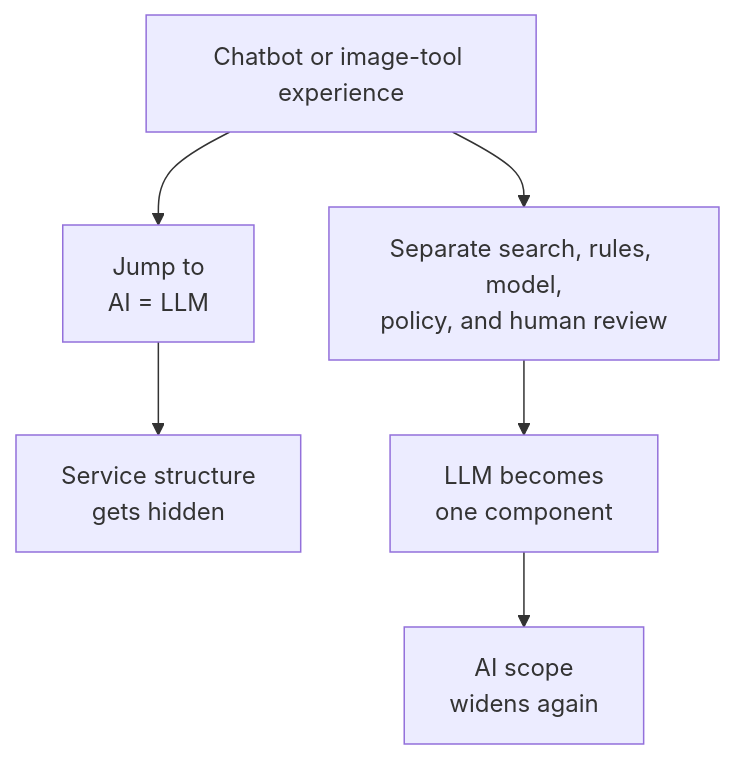
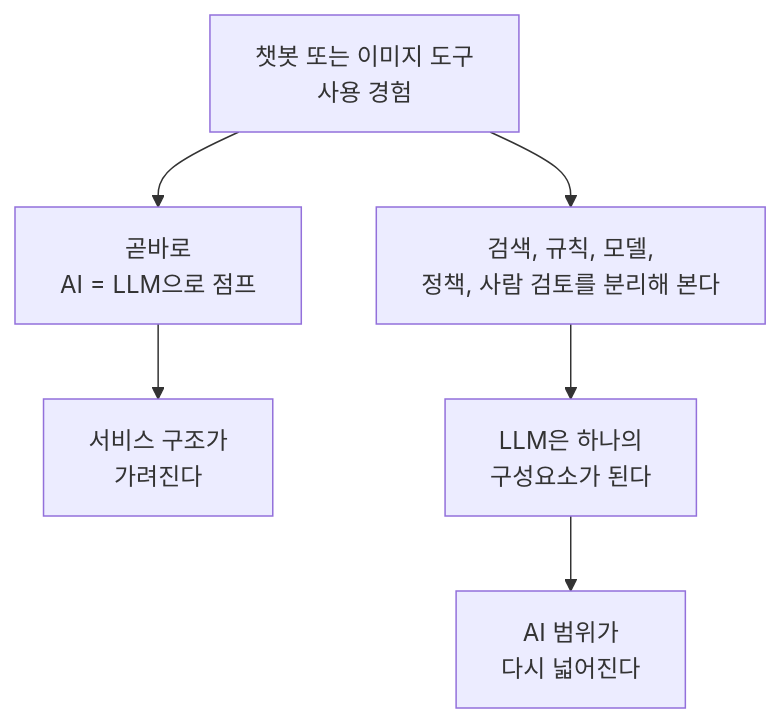
One commit to devchan64/AiBook changed the third of 3 diagrams in docs/parts/part-04/chapter-01/section-01.md. Above: the diagram before and after it, drawn with Mermaid. The commit also changed other lines of this file and 12 other files, not shown here.

Commit message:
Refine Part 4 learning flow and diagrams

````diff
--- a/docs/parts/part-04/chapter-01/section-01.md
+++ b/docs/parts/part-04/chapter-01/section-01.md
@@ -230,12 +230,12 @@
 ```mermaid
 flowchart TD
-  X["Chatbot or image-tool experience"]
-  J["Jump to<br/>AI = LLM"]
-  H["Service structure<br/>gets hidden"]
-  D["Separate search, rules, model,<br/>policy, and human review"]
-  C["LLM becomes<br/>one component"]
-  W["AI scope<br/>widens again"]
+  X["챗봇 또는 이미지 도구<br/>사용 경험"]
+  J["곧바로<br/>AI = LLM으로 점프"]
+  H["서비스 구조가<br/>가려진다"]
+  D["검색, 규칙, 모델,<br/>정책, 사람 검토를 분리해 본다"]
+  C["LLM은 하나의<br/>구성요소가 된다"]
+  W["AI 범위가<br/>다시 넓어진다"]
 
   X --> J --> H
   X --> D --> C --> W
 ```
````
